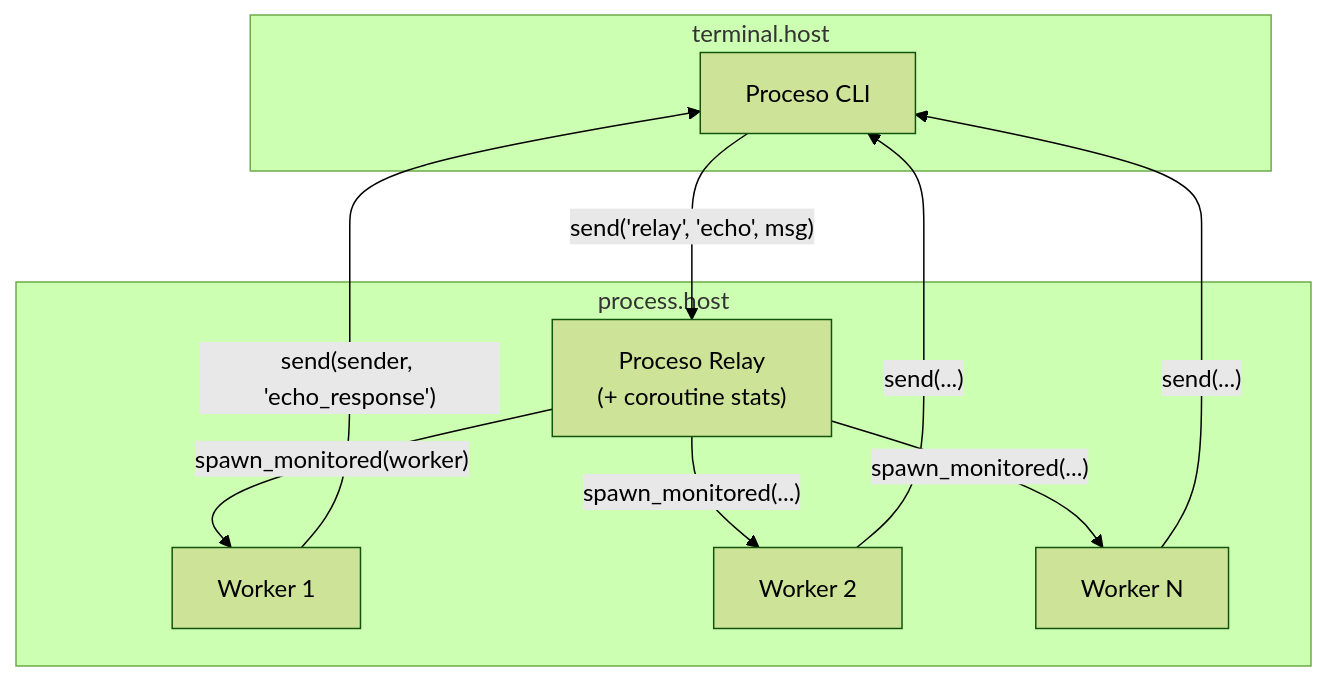
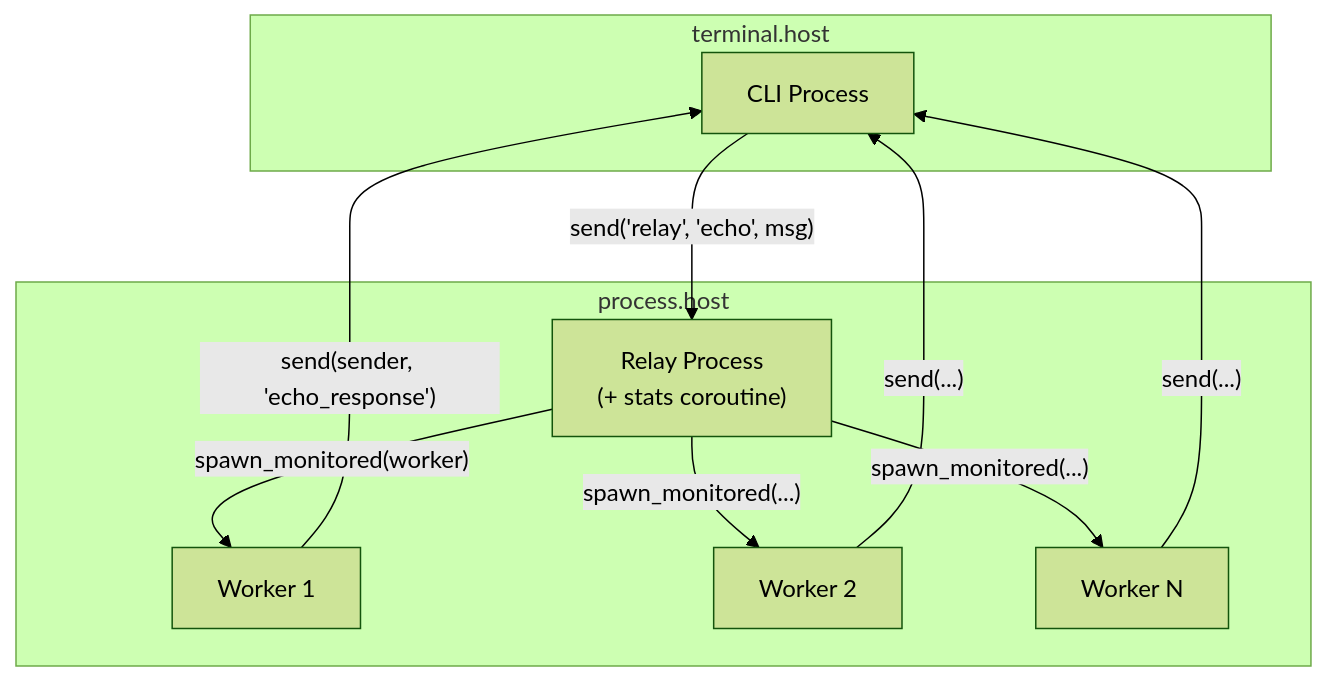
Before and after one commit to wippyai/docs: the diagram in es/tutorials/echo-service.md, drawn with Mermaid (forest theme). The commit also changed other lines of this file and 870 other files, not shown here.

````diff
--- a/es/tutorials/echo-service.md
+++ b/es/tutorials/echo-service.md
@@ -23,21 +37,21 @@
 ```mermaid
 flowchart TB
     subgraph terminal["terminal.host"]
-        CLI["Proceso CLI"]
+        CLI["CLI Process"]
     end
 
     subgraph processes["process.host"]
-        Relay["Proceso Relay<br/>(+ coroutine stats)"]
+        Relay["Relay Process<br/>(+ stats coroutine)"]
         W1["Worker 1"]
         W2["Worker 2"]
         W3["Worker N"]
     end
 
     CLI -->|"send('relay', 'echo', msg)"| Relay
     Relay -->|"spawn_monitored(worker)"| W1
     Relay -->|"spawn_monitored(...)"| W2
     Relay -->|"spawn_monitored(...)"| W3
     W1 -->|"send(sender, 'echo_response')"| CLI
     W2 -->|"send(...)"| CLI
     W3 -->|"send(...)"| CLI
 ```
````
